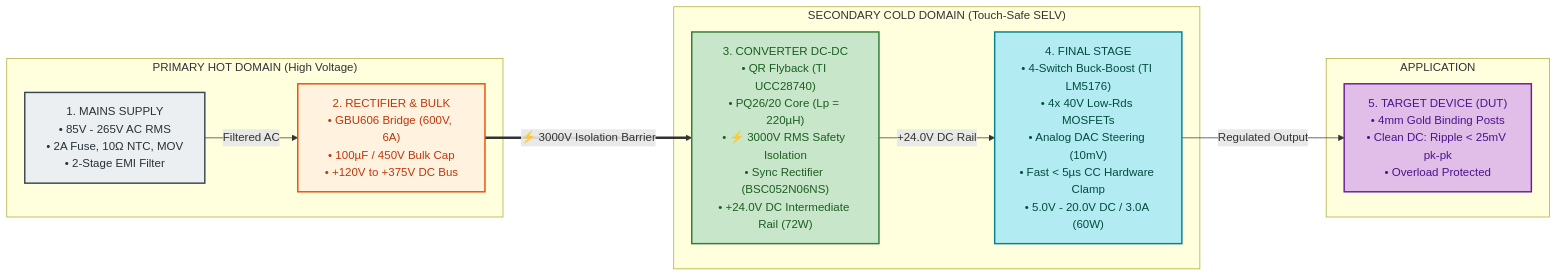
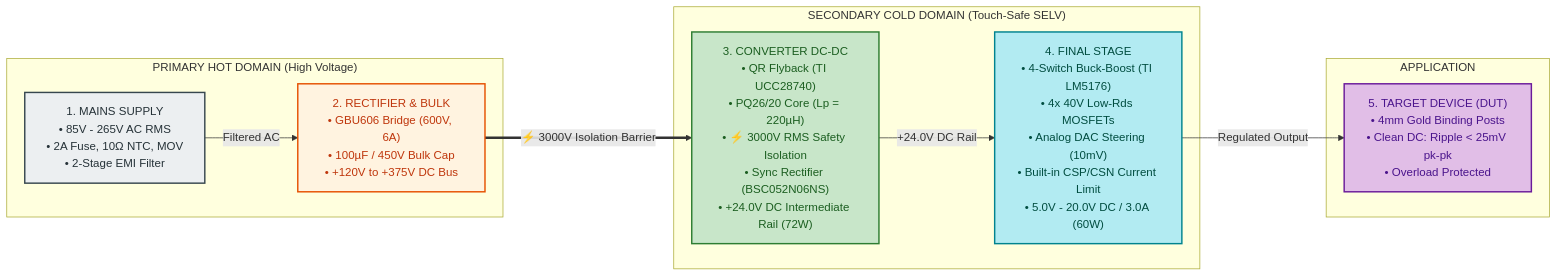
Before and after one commit to tthongs/av_iv: the diagram in README.md, drawn with Mermaid. The commit also changed other lines of this file and 39 other files, not shown here.

Commit message:
chore(spps): remove obsolete and irrelevant block diagrams, update active diagrams to simplified design

````diff
--- a/README.md
+++ b/README.md
@@ -18,28 +18,28 @@
 ```mermaid
 flowchart LR
     %% Domain Styles
     classDef acStyle fill:#ECEFF1,stroke:#37474F,stroke-width:2px,color:#263238
     classDef rectStyle fill:#FFF3E0,stroke:#E65100,stroke-width:2px,color:#BF360C
     classDef isoStyle fill:#C8E6C9,stroke:#2E7D32,stroke-width:2px,color:#1B5E20
     classDef bbStyle fill:#B2EBF2,stroke:#00838F,stroke-width:2px,color:#004D40
     classDef dutStyle fill:#E1BEE7,stroke:#6A1B9A,stroke-width:2px,color:#4A148C
 
     subgraph HOT_DOMAIN ["PRIMARY HOT DOMAIN (High Voltage)"]
         S1["1. MAINS SUPPLY<br/>• 85V - 265V AC RMS<br/>• 2A Fuse, 10Ω NTC, MOV<br/>• 2-Stage EMI Filter"]:::acStyle
         S2["2. RECTIFIER & BULK<br/>• GBU606 Bridge (600V, 6A)<br/>• 100µF / 450V Bulk Cap<br/>• +120V to +375V DC Bus"]:::rectStyle
         S1 -->|"Filtered AC"| S2
     end
 
     subgraph COLD_DOMAIN ["SECONDARY COLD DOMAIN (Touch-Safe SELV)"]
         S3["3. CONVERTER DC-DC<br/>• QR Flyback (TI UCC28740)<br/>• PQ26/20 Core (Lp = 220µH)<br/>• ⚡ 3000V RMS Safety Isolation<br/>• Sync Rectifier (BSC052N06NS)<br/>• +24.0V DC Intermediate Rail (72W)"]:::isoStyle
-        S4["4. FINAL STAGE<br/>• 4-Switch Buck-Boost (TI LM5176)<br/>• 4x 40V Low-Rds MOSFETs<br/>• Analog DAC Steering (10mV)<br/>• Fast < 5µs CC Hardware Clamp<br/>• 5.0V - 20.0V DC / 3.0A (60W)"]:::bbStyle
+        S4["4. FINAL STAGE<br/>• 4-Switch Buck-Boost (TI LM5176)<br/>• 4x 40V Low-Rds MOSFETs<br/>• Analog DAC Steering (10mV)<br/>• Built-in CSP/CSN Current Limit<br/>• 5.0V - 20.0V DC / 3.0A (60W)"]:::bbStyle
         S3 -->|"+24.0V DC Rail"| S4
     end
 
     subgraph LOAD_DOMAIN ["APPLICATION"]
         S5["5. TARGET DEVICE (DUT)<br/>• 4mm Gold Binding Posts<br/>• Clean DC: Ripple < 25mV pk-pk<br/>• Overload Protected"]:::dutStyle
     end
 
     S2 ==>|"⚡ 3000V Isolation Barrier"| S3
     S4 -->|"Regulated Output"| S5
 ```
````
